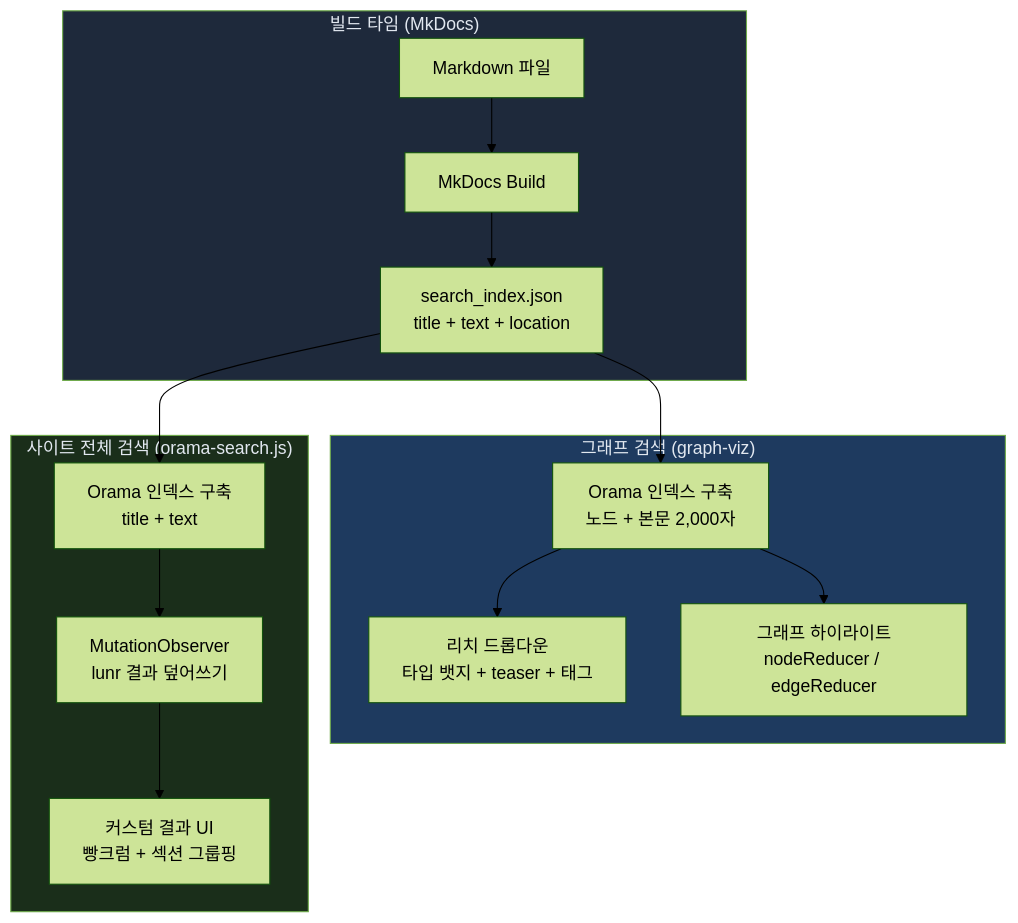
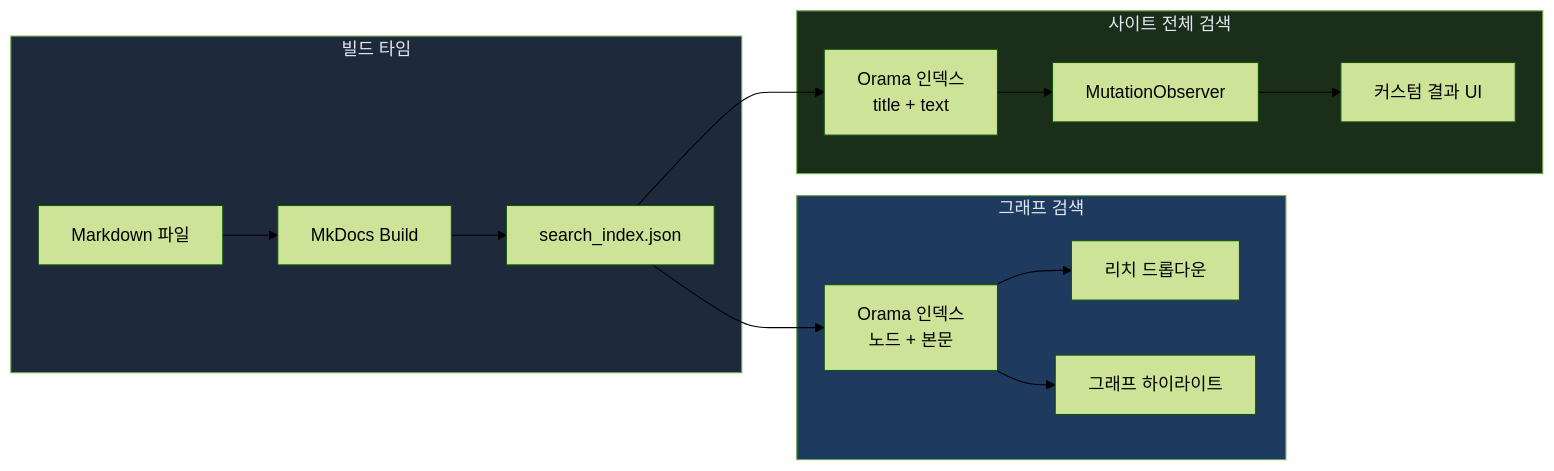
One commit to SonAIengine/sonblog changed the diagram in docs/full-stack/poc/knowledge-graph-search.md. Above: the diagram before and after it, drawn with Mermaid (forest theme).

Commit message:
fix: 검색 글 Mermaid 다이어그램 레이아웃 수정 — TB→LR, 서브그래프 분리

````diff
--- a/docs/full-stack/poc/knowledge-graph-search.md
+++ b/docs/full-stack/poc/knowledge-graph-search.md
@@ -27,23 +27,24 @@
 ```mermaid
-flowchart TB
-    subgraph Build["빌드 타임 (MkDocs)"]
+flowchart LR
+    subgraph Build["빌드 타임"]
         MD["Markdown 파일"] --> MKDOCS["MkDocs Build"]
-        MKDOCS --> IDX["search_index.json<br/>title + text + location"]
+        MKDOCS --> IDX["search_index.json"]
     end
 
-    subgraph GraphSearch["그래프 검색 (graph-viz)"]
-        IDX --> GS_IDX["Orama 인덱스 구축<br/>노드 + 본문 2,000자"]
-        GS_IDX --> GS_UI["리치 드롭다운<br/>타입 뱃지 + teaser + 태그"]
-        GS_IDX --> GS_HL["그래프 하이라이트<br/>nodeReducer / edgeReducer"]
+    IDX --> GS_IDX
+    IDX --> SS_IDX
+
+    subgraph GraphSearch["그래프 검색"]
+        GS_IDX["Orama 인덱스<br/>노드 + 본문"] --> GS_UI["리치 드롭다운"]
+        GS_IDX --> GS_HL["그래프 하이라이트"]
     end
 
-    subgraph SiteSearch["사이트 전체 검색 (orama-search.js)"]
-        IDX --> SS_IDX["Orama 인덱스 구축<br/>title + text"]
-        SS_IDX --> SS_MO["MutationObserver<br/>lunr 결과 덮어쓰기"]
-        SS_MO --> SS_UI["커스텀 결과 UI<br/>빵크럼 + 섹션 그룹핑"]
+    subgraph SiteSearch["사이트 전체 검색"]
+        SS_IDX["Orama 인덱스<br/>title + text"] --> SS_MO["MutationObserver"]
+        SS_MO --> SS_UI["커스텀 결과 UI"]
     end
 
     style Build fill:#1e293b,color:#e2e8f0
     style GraphSearch fill:#1e3a5f,color:#e2e8f0
     style SiteSearch fill:#1a2e1a,color:#e2e8f0
 ```
````
